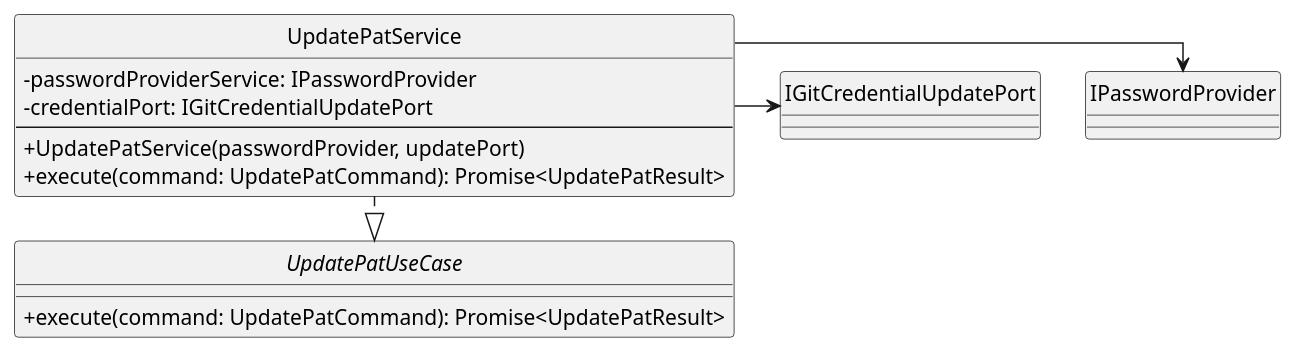
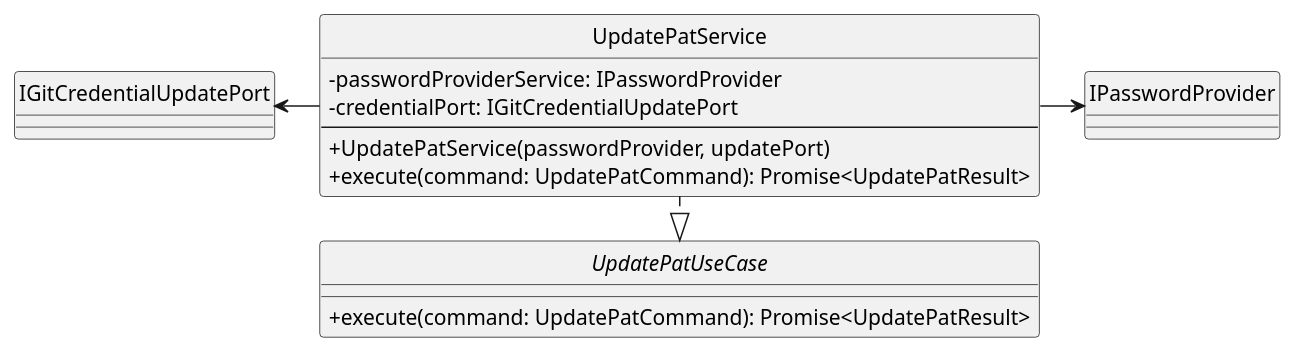
One commit to SkarabGroup/DocumentazioneProgetto changed the diagram in assets/st_diagrams/code/plantuml/analysis/application/services/updatePAT.as.plantuml. Above: the diagram before and after it, drawn with PlantUML. The commit also changed 59 other files, not shown here.

```diff
--- a/assets/st_diagrams/code/plantuml/analysis/application/services/updatePAT.as.plantuml
+++ b/assets/st_diagrams/code/plantuml/analysis/application/services/updatePAT.as.plantuml
@@ -1,24 +1,24 @@
 @startuml UpdatePatService
 skinparam componentStyle uml2.5
 skinparam linetype ortho
 skinparam nodesep 30
 skinparam ranksep 30
 skinparam ClassAttributeIconSize 0
 hide circles
 
 interface UpdatePatUseCase {
     + execute(command: UpdatePatCommand): Promise<UpdatePatResult>
 }
 
 class UpdatePatService {
     - passwordProviderService: IPasswordProvider
     - credentialPort: IGitCredentialUpdatePort
     ---
     + UpdatePatService(passwordProvider, updatePort)
     + execute(command: UpdatePatCommand): Promise<UpdatePatResult>
 }
 
 UpdatePatService ..|> UpdatePatUseCase
 UpdatePatService --right-> IPasswordProvider
-UpdatePatService --right-> IGitCredentialUpdatePort
+UpdatePatService --left-> IGitCredentialUpdatePort
 @enduml
```
